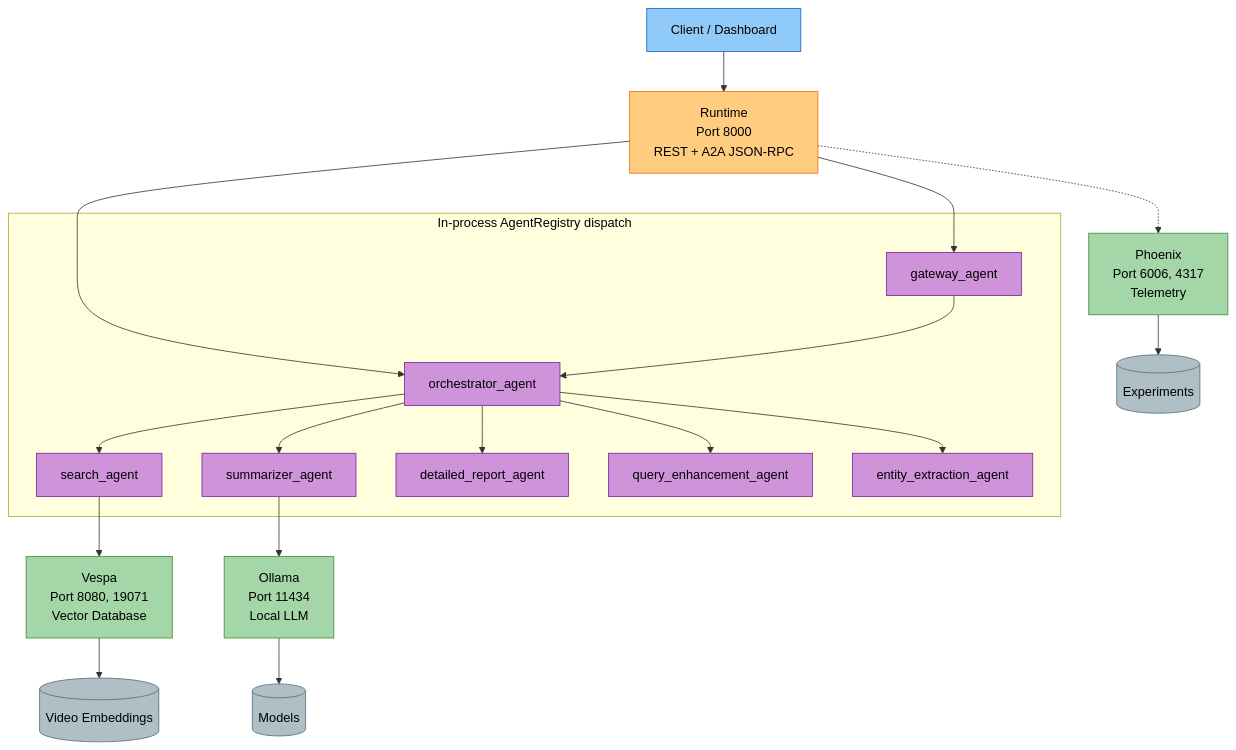
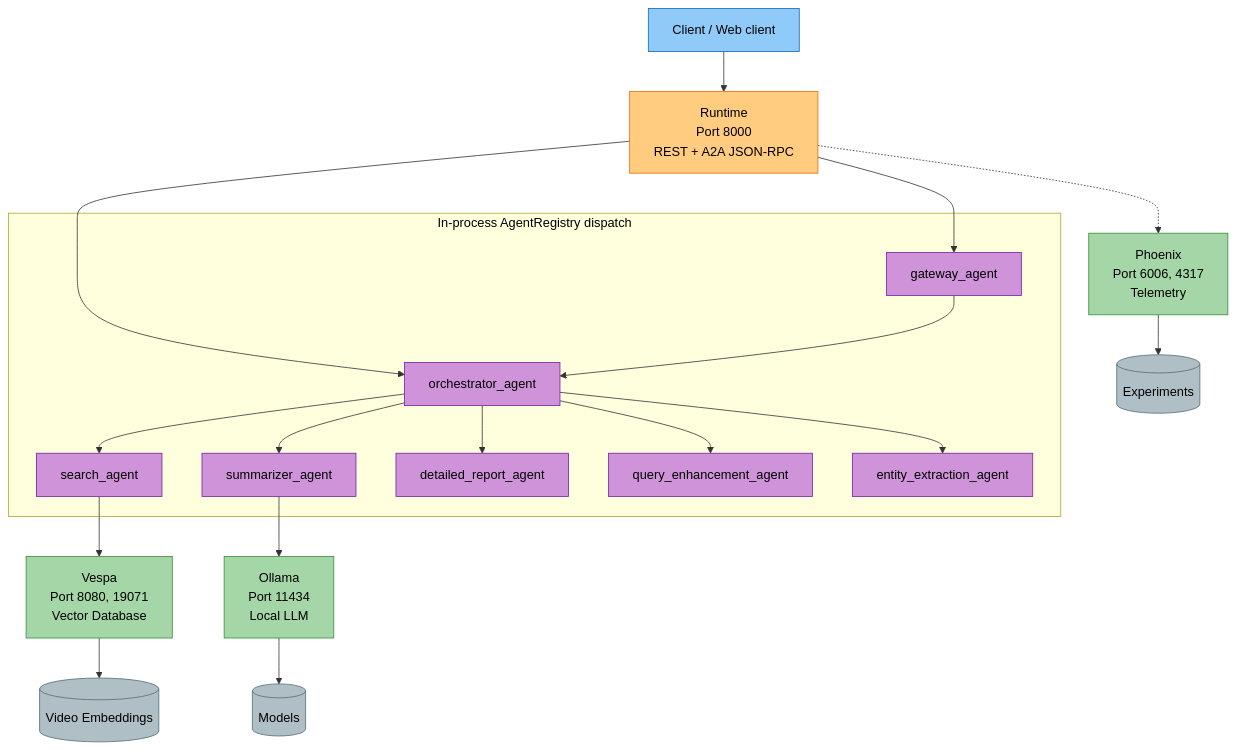
Before and after one commit to amit-jain/cogniverse: the diagram in docs/operations/deployment.md, drawn with Mermaid. The commit also changed other lines of this file and 22 other files, not shown here.

First line of the commit message:
Point the docs to the web client

````diff
--- a/docs/operations/deployment.md
+++ b/docs/operations/deployment.md
@@ -49,49 +49,49 @@
 ```mermaid
 flowchart TB
-    Client["<span style='color:#000'>Client / Dashboard</span>"]
+    Client["<span style='color:#000'>Client / Web client</span>"]
 
     Client --> Runtime["<span style='color:#000'>Runtime<br/>Port 8000<br/>REST + A2A JSON-RPC</span>"]
 
     subgraph Registry["<span style='color:#000'>In-process AgentRegistry dispatch</span>"]
       Gateway["<span style='color:#000'>gateway_agent</span>"]
       Orchestrator["<span style='color:#000'>orchestrator_agent</span>"]
       Search["<span style='color:#000'>search_agent</span>"]
       Summarizer["<span style='color:#000'>summarizer_agent</span>"]
       DetailedReport["<span style='color:#000'>detailed_report_agent</span>"]
       QueryEnh["<span style='color:#000'>query_enhancement_agent</span>"]
       EntityExt["<span style='color:#000'>entity_extraction_agent</span>"]
     end
 
     Runtime --> Gateway
     Runtime --> Orchestrator
     Gateway --> Orchestrator
     Orchestrator --> Search
     Orchestrator --> Summarizer
     Orchestrator --> DetailedReport
     Orchestrator --> QueryEnh
     Orchestrator --> EntityExt
 
     Search --> Vespa["<span style='color:#000'>Vespa<br/>Port 8080, 19071<br/>Vector Database</span>"]
     Runtime -.-> Phoenix["<span style='color:#000'>Phoenix<br/>Port 6006, 4317<br/>Telemetry</span>"]
     Summarizer --> Ollama["<span style='color:#000'>Ollama<br/>Port 11434<br/>Local LLM</span>"]
 
     Vespa --> VespaData[("<span style='color:#000'>Video Embeddings</span>")]
     Phoenix --> PhoenixData[("<span style='color:#000'>Experiments</span>")]
     Ollama --> OllamaData[("<span style='color:#000'>Models</span>")]
 
     style Client fill:#90caf9,stroke:#1565c0,color:#000
     style Runtime fill:#ffcc80,stroke:#ef6c00,color:#000
     style Gateway fill:#ce93d8,stroke:#7b1fa2,color:#000
     style Orchestrator fill:#ce93d8,stroke:#7b1fa2,color:#000
     style Search fill:#ce93d8,stroke:#7b1fa2,color:#000
     style Summarizer fill:#ce93d8,stroke:#7b1fa2,color:#000
     style DetailedReport fill:#ce93d8,stroke:#7b1fa2,color:#000
     style QueryEnh fill:#ce93d8,stroke:#7b1fa2,color:#000
     style EntityExt fill:#ce93d8,stroke:#7b1fa2,color:#000
     style Vespa fill:#a5d6a7,stroke:#388e3c,color:#000
     style Phoenix fill:#a5d6a7,stroke:#388e3c,color:#000
     style Ollama fill:#a5d6a7,stroke:#388e3c,color:#000
     style VespaData fill:#b0bec5,stroke:#546e7a,color:#000
     style PhoenixData fill:#b0bec5,stroke:#546e7a,color:#000
     style OllamaData fill:#b0bec5,stroke:#546e7a,color:#000
 ```
````
